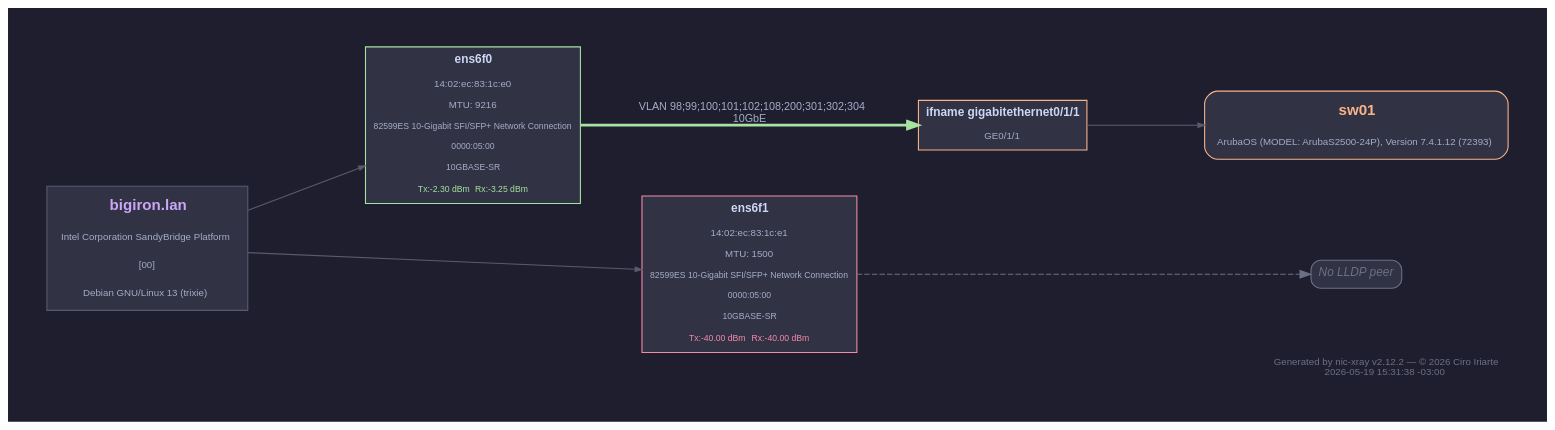
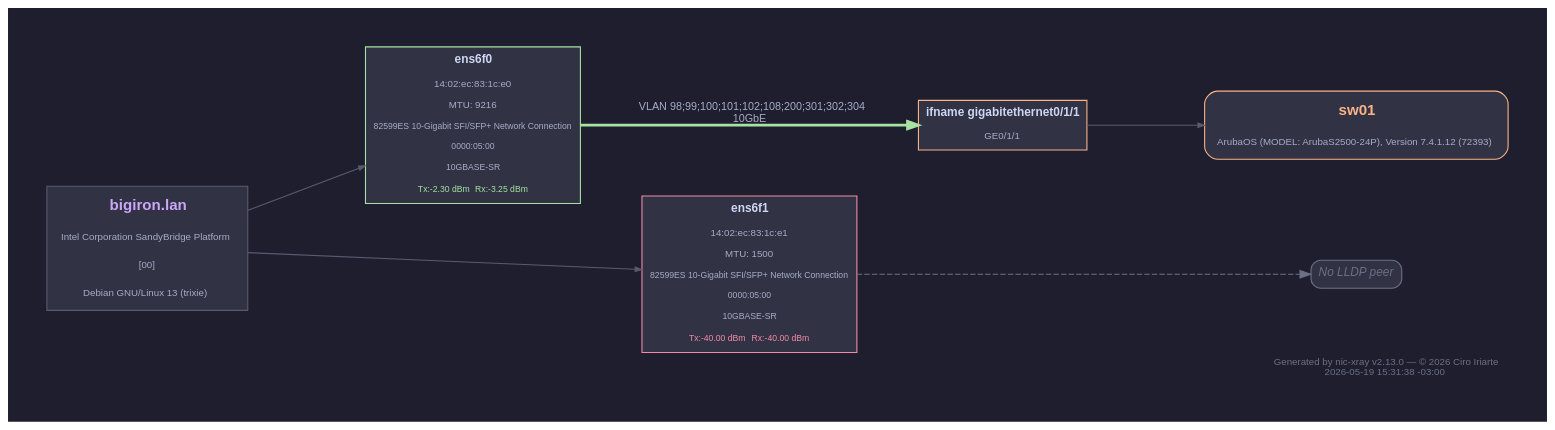
One commit to ciroiriarte/nic-xray changed the diagram in samples/topology.dot. Above: the diagram before and after it, drawn with Graphviz. The commit also changed 21 other files, not shown here.

```diff
--- a/samples/topology.dot
+++ b/samples/topology.dot
@@ -1,77 +1,77 @@
 digraph nic_xray {
     rankdir=LR;
     bgcolor="#1e1e2e";
     fontname="Helvetica,Arial,sans-serif";
     fontcolor="#cdd6f4";
     pad="0.5";
     nodesep="0.6";
     ranksep="1.5";
     node [fontname="Helvetica,Arial,sans-serif", fontcolor="#cdd6f4", fontsize=11];
     edge [fontname="Helvetica,Arial,sans-serif", fontcolor="#a6adc8", fontsize=10];
-    label=<<FONT POINT-SIZE="9" COLOR="#6c7086">Generated by nic-xray v2.12.2 &mdash; &copy; 2026 Ciro Iriarte<BR/>2026-05-19 15:31:38 -03:00</FONT>>;
+    label=<<FONT POINT-SIZE="9" COLOR="#6c7086">Generated by nic-xray v2.13.0 &mdash; &copy; 2026 Ciro Iriarte<BR/>2026-05-19 15:31:38 -03:00</FONT>>;
     labeljust=r;
     labelloc=b;
 
     server [shape=plain, label=<
         <TABLE BORDER="1" CELLBORDER="0" CELLSPACING="4" CELLPADDING="6" BGCOLOR="#313244" COLOR="#585b70">
         <TR><TD COLSPAN="2"><FONT POINT-SIZE="14" COLOR="#cba6f7"><B>bigiron.lan</B></FONT></TD></TR>
         <TR><TD COLSPAN="2"><FONT POINT-SIZE="9" COLOR="#a6adc8">Intel Corporation SandyBridge Platform</FONT></TD></TR>
         <TR><TD COLSPAN="2"><FONT POINT-SIZE="9" COLOR="#a6adc8">[00]</FONT></TD></TR>
         <TR><TD COLSPAN="2"><FONT POINT-SIZE="9" COLOR="#a6adc8">Debian GNU/Linux 13 (trixie)</FONT></TD></TR>
         </TABLE>
     >];
 
     ens6f0 [shape=plain, label=<
         <TABLE BORDER="1" CELLBORDER="0" CELLSPACING="2" CELLPADDING="4" BGCOLOR="#313244" COLOR="#a6e3a1">
         <TR><TD><FONT COLOR="#cdd6f4"><B>ens6f0</B></FONT></TD></TR>
         <TR><TD><FONT POINT-SIZE="9" COLOR="#a6adc8">14:02:ec:83:1c:e0</FONT></TD></TR>
         <TR><TD><FONT POINT-SIZE="9" COLOR="#a6adc8">MTU: 9216</FONT></TD></TR>
         <TR><TD><FONT POINT-SIZE="8" COLOR="#a6adc8">82599ES 10-Gigabit SFI/SFP+ Network Connection</FONT></TD></TR>
         <TR><TD><FONT POINT-SIZE="8" COLOR="#a6adc8">0000:05:00</FONT></TD></TR>
         <TR><TD><FONT POINT-SIZE="8" COLOR="#a6adc8">10GBASE-SR</FONT></TD></TR>
         <TR><TD><FONT POINT-SIZE="8" COLOR="#a6e3a1">Tx:-2.30 dBm</FONT> <FONT POINT-SIZE="8" COLOR="#a6e3a1">Rx:-3.25 dBm</FONT></TD></TR>
         </TABLE>
     >];
 
     ens6f1 [shape=plain, label=<
         <TABLE BORDER="1" CELLBORDER="0" CELLSPACING="2" CELLPADDING="4" BGCOLOR="#313244" COLOR="#f38ba8">
         <TR><TD><FONT COLOR="#cdd6f4"><B>ens6f1</B></FONT></TD></TR>
         <TR><TD><FONT POINT-SIZE="9" COLOR="#a6adc8">14:02:ec:83:1c:e1</FONT></TD></TR>
         <TR><TD><FONT POINT-SIZE="9" COLOR="#a6adc8">MTU: 1500</FONT></TD></TR>
         <TR><TD><FONT POINT-SIZE="8" COLOR="#a6adc8">82599ES 10-Gigabit SFI/SFP+ Network Connection</FONT></TD></TR>
         <TR><TD><FONT POINT-SIZE="8" COLOR="#a6adc8">0000:05:00</FONT></TD></TR>
         <TR><TD><FONT POINT-SIZE="8" COLOR="#a6adc8">10GBASE-SR</FONT></TD></TR>
         <TR><TD><FONT POINT-SIZE="8" COLOR="#f38ba8">Tx:-40.00 dBm</FONT> <FONT POINT-SIZE="8" COLOR="#f38ba8">Rx:-40.00 dBm</FONT></TD></TR>
         </TABLE>
     >];
 
     swport_sw01_ifname_gigabitethernet0_1_1 [shape=plain, label=<
         <TABLE BORDER="1" CELLBORDER="0" CELLSPACING="2" CELLPADDING="4" BGCOLOR="#313244" COLOR="#fab387">
         <TR><TD><FONT COLOR="#cdd6f4"><B>ifname gigabitethernet0/1/1</B></FONT></TD></TR>
         <TR><TD><FONT POINT-SIZE="9" COLOR="#a6adc8">GE0/1/1</FONT></TD></TR>
         </TABLE>
     >];
 
     sw_sw01 [shape=plain, label=<
         <TABLE BORDER="1" CELLBORDER="0" CELLSPACING="4" CELLPADDING="6" BGCOLOR="#313244" COLOR="#fab387" STYLE="ROUNDED">
         <TR><TD><FONT POINT-SIZE="14" COLOR="#fab387"><B>sw01</B></FONT></TD></TR>
         <TR><TD><FONT POINT-SIZE="9" COLOR="#a6adc8">ArubaOS (MODEL: ArubaS2500-24P), Version 7.4.1.12 (72393)</FONT></TD></TR>
         </TABLE>
     >];
 
     no_lldp_peer [shape=plain, label=<
         <TABLE BORDER="1" CELLBORDER="0" CELLSPACING="2" CELLPADDING="4" BGCOLOR="#313244" COLOR="#6c7086" STYLE="ROUNDED">
         <TR><TD><FONT COLOR="#6c7086"><I>No LLDP peer</I></FONT></TD></TR>
         </TABLE>
     >];
 
     server -> ens6f0 [color="#585b70", penwidth=1.0, arrowsize=0.6];
     server -> ens6f1 [color="#585b70", penwidth=1.0, arrowsize=0.6];
 
     ens6f0 -> swport_sw01_ifname_gigabitethernet0_1_1 [label=<VLAN 98;99;100;101;102;108;200;301;302;304<BR/>10GbE>, penwidth=2.5, color="#a6e3a1", fontcolor="#a6adc8"];
     ens6f1 -> no_lldp_peer [style=dashed, color="#6c7086", fontcolor="#6c7086", penwidth=1.0];
     swport_sw01_ifname_gigabitethernet0_1_1 -> sw_sw01 [color="#585b70", penwidth=1.0, arrowsize=0.6];
 
     { rank=min; server; }
     { rank=max; sw_sw01; no_lldp_peer; }
 }
```
